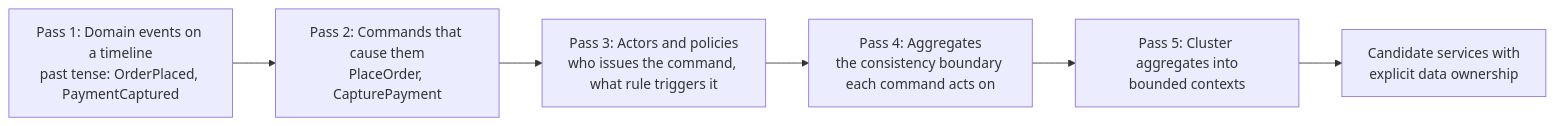
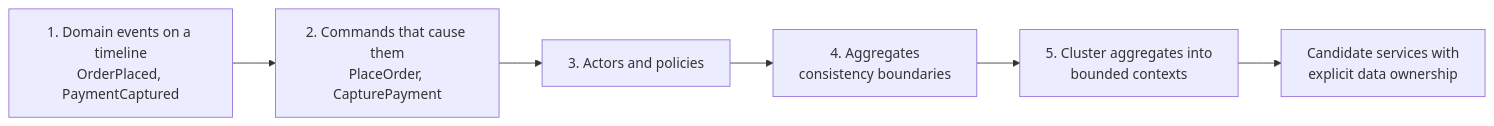
The first of 6 diagrams in docs/unit4/topic1.md (norbutlepcha25/dso303), drawn with Mermaid before and after one commit. The commit also changed other lines of this file and 12 other files, not shown here.

````diff
--- a/docs/unit4/topic1.md
+++ b/docs/unit4/topic1.md
@@ -128,8 +112,8 @@
 ```mermaid
 flowchart LR
-    A["Pass 1: Domain events on a timeline<br/>past tense: OrderPlaced, PaymentCaptured"] --> B["Pass 2: Commands that cause them<br/>PlaceOrder, CapturePayment"]
-    B --> C["Pass 3: Actors and policies<br/>who issues the command, what rule triggers it"]
-    C --> D["Pass 4: Aggregates<br/>the consistency boundary each command acts on"]
-    D --> E["Pass 5: Cluster aggregates into<br/>bounded contexts"]
+    A["1. Domain events on a timeline<br/>OrderPlaced, PaymentCaptured"] --> B["2. Commands that cause them<br/>PlaceOrder, CapturePayment"]
+    B --> C["3. Actors and policies"]
+    C --> D["4. Aggregates<br/>consistency boundaries"]
+    D --> E["5. Cluster aggregates into<br/>bounded contexts"]
     E --> F["Candidate services with<br/>explicit data ownership"]
 ```
````
